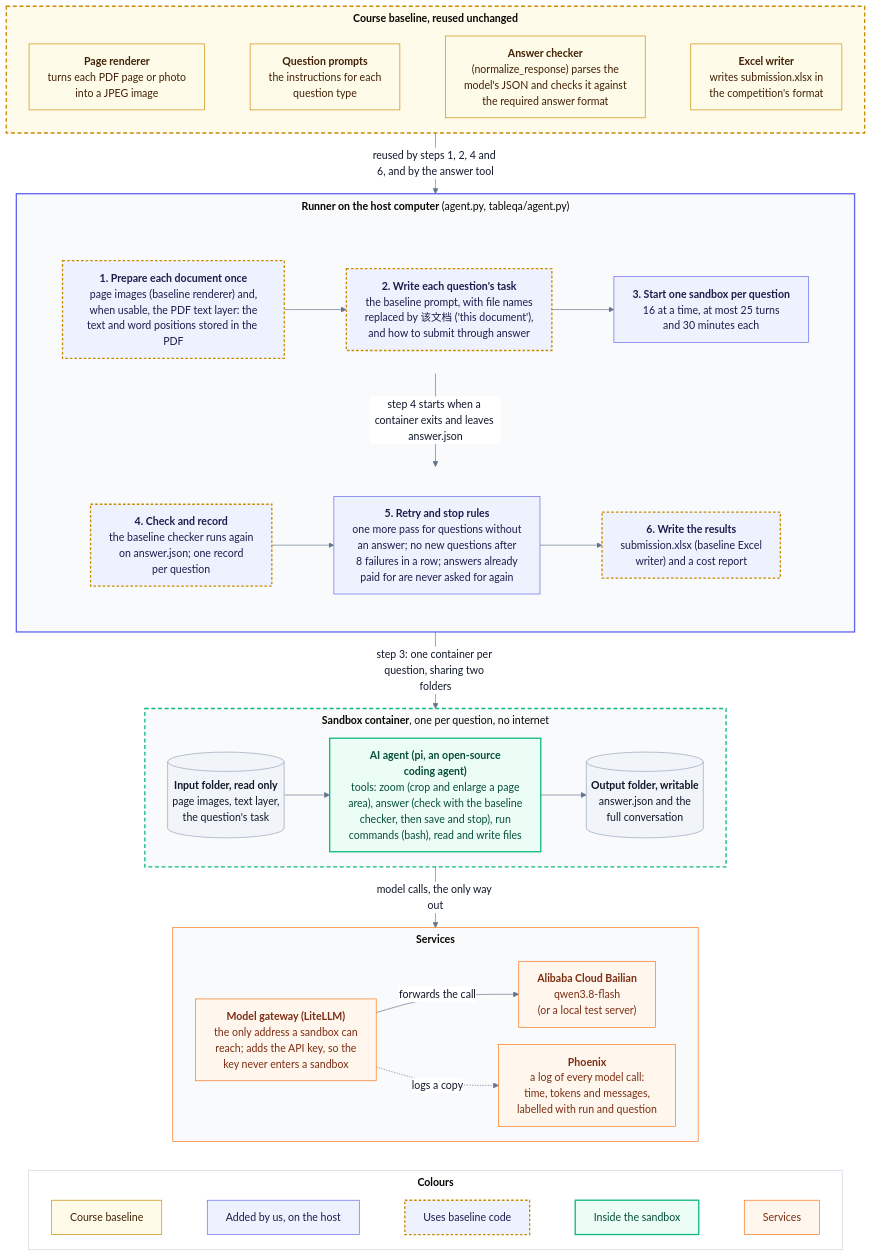
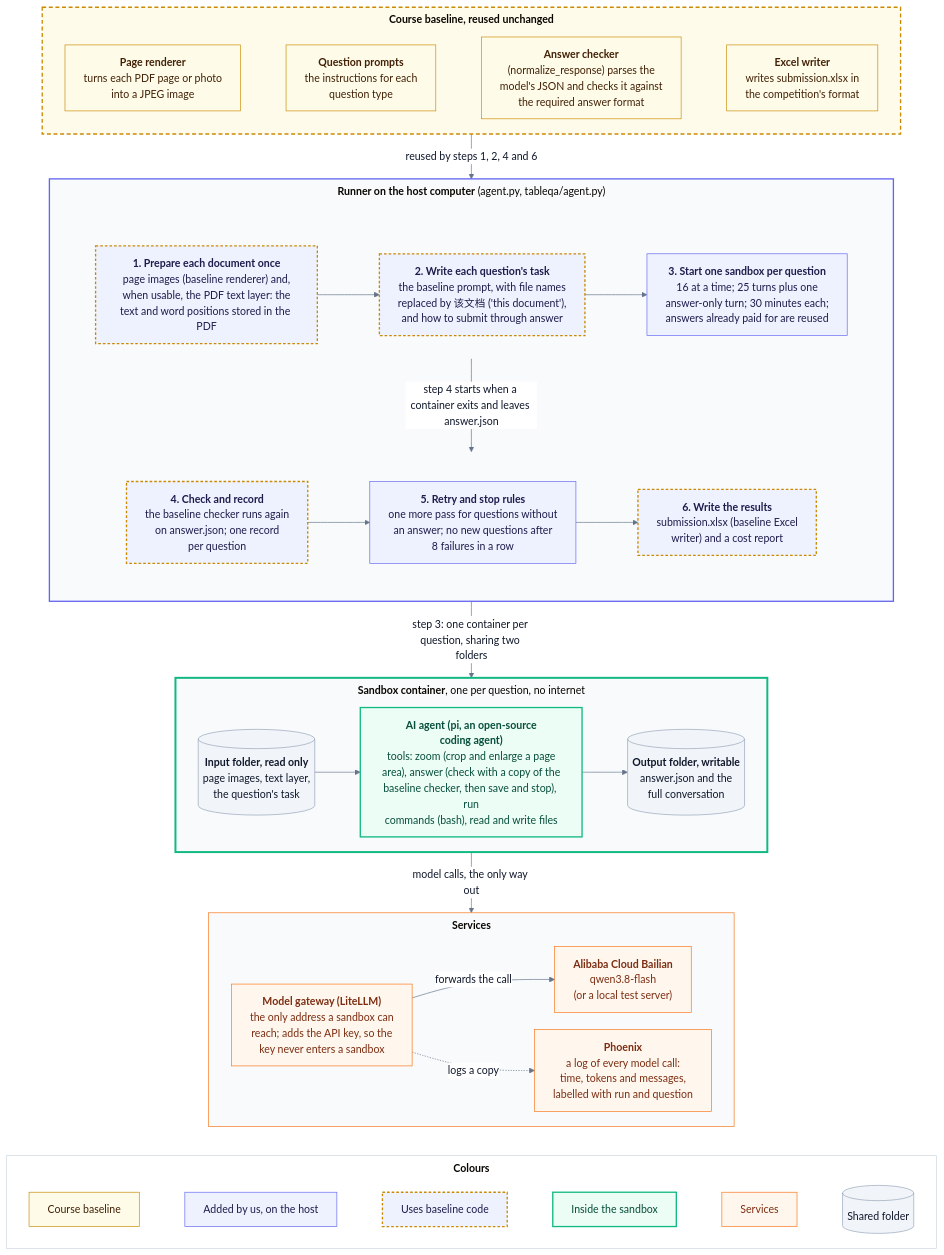
Before and after one commit to eric15342335/AIFep-FDU.github.io: the diagram in docs/diagrams/architecture.mmd, drawn with Mermaid. The commit also changed 11 other files, not shown here.

First line of the commit message:
Diagrams: fixes from a second design review

```diff
--- a/docs/diagrams/architecture.mmd
+++ b/docs/diagrams/architecture.mmd
@@ -1,78 +1,78 @@
 %%{init: {"theme": "base", "themeVariables": {"fontSize": "16px", "lineColor": "#64748b", "primaryTextColor": "#0f172a", "edgeLabelBackground": "#ffffff"}, "flowchart": {"nodeSpacing": 26, "rankSpacing": 44, "padding": 14, "wrappingWidth": 280, "subGraphTitleMargin": {"top": 6, "bottom": 16}}}}%%
 %% The parts of the agent harness, what each one can reach, and which parts come from the course baseline.
 %% Edges connect subgraphs (not their nodes), so each subgraph keeps its own direction.
 flowchart TB
     subgraph BASE["<b>Course baseline, reused unchanged</b>"]
         direction LR
         render["<b>Page renderer</b><br/>turns each PDF page or photo<br/>into a JPEG image"]
         prompts["<b>Question prompts</b><br/>the instructions for each<br/>question type"]
         checker["<b>Answer checker</b><br/>(normalize_response) parses the<br/>model's JSON and checks it against<br/>the required answer format"]
         writer["<b>Excel writer</b><br/>writes submission.xlsx in<br/>the competition's format"]
         render ~~~ prompts ~~~ checker ~~~ writer
     end
 
     subgraph HOST["<b>Runner on the host computer</b> (agent.py, tableqa/agent.py)"]
         direction TB
         subgraph ROW1[" "]
             direction LR
             prep["<b>1. Prepare each document once</b><br/>page images (baseline renderer) and,<br/>when usable, the PDF text layer: the<br/>text and word positions stored in the PDF"]
             task["<b>2. Write each question's task</b><br/>the baseline prompt, with file names<br/>replaced by 该文档 ('this document'),<br/>and how to submit through answer"]
-            start["<b>3. Start one sandbox per question</b><br/>16 at a time, at most 25 turns<br/>and 30 minutes each"]
+            start["<b>3. Start one sandbox per question</b><br/>16 at a time; 25 turns plus one<br/>answer-only turn; 30 minutes each;<br/>answers already paid for are reused"]
             prep --> task --> start
         end
         subgraph ROW2[" "]
             direction LR
             check["<b>4. Check and record</b><br/>the baseline checker runs again<br/>on answer.json; one record<br/>per question"]
-            retry["<b>5. Retry and stop rules</b><br/>one more pass for questions without<br/>an answer; no new questions after<br/>8 failures in a row; answers already<br/>paid for are never asked for again"]
+            retry["<b>5. Retry and stop rules</b><br/>one more pass for questions without<br/>an answer; no new questions after<br/>8 failures in a row"]
             out["<b>6. Write the results</b><br/>submission.xlsx (baseline Excel<br/>writer) and a cost report"]
             check --> retry --> out
         end
         ROW1 -- "step 4 starts when a container exits and leaves answer.json" --> ROW2
     end
 
     subgraph BOX["<b>Sandbox container</b>, one per question, no internet"]
         direction LR
         input[("<b>Input folder, read only</b><br/>page images, text layer,<br/>the question's task")]
-        agent["<b>AI agent (pi, an open-source<br/>coding agent)</b><br/>tools: zoom (crop and enlarge a page<br/>area), answer (check with the baseline<br/>checker, then save and stop), run<br/>commands (bash), read and write files"]
+        agent["<b>AI agent (pi, an open-source<br/>coding agent)</b><br/>tools: zoom (crop and enlarge a page<br/>area), answer (check with a copy of the<br/>baseline checker, then save and stop), run<br/>commands (bash), read and write files"]
         output[("<b>Output folder, writable</b><br/>answer.json and the<br/>full conversation")]
         input --> agent --> output
     end
 
     subgraph SVC["<b>Services</b>"]
         direction LR
         gw["<b>Model gateway (LiteLLM)</b><br/>the only address a sandbox can<br/>reach; adds the API key, so the<br/>key never enters a sandbox"]
         model["<b>Alibaba Cloud Bailian</b><br/>qwen3.8-flash<br/>(or a local test server)"]
         trace["<b>Phoenix</b><br/>a log of every model call:<br/>time, tokens and messages,<br/>labelled with run and question"]
         gw -- "forwards the call" --> model
         gw -. "logs a copy" .-> trace
     end
 
     subgraph KEY["<b>Colours</b>"]
         direction LR
-        k1["Course baseline"] ~~~ k2["Added by us, on the host"] ~~~ k4["Uses baseline code"] ~~~ k3["Inside the sandbox"] ~~~ k5["Services"]
+        k1["Course baseline"] ~~~ k2["Added by us, on the host"] ~~~ k4["Uses baseline code"] ~~~ k3["Inside the sandbox"] ~~~ k5["Services"] ~~~ k6[("Shared folder")]
     end
 
-    BASE -- "reused by steps 1, 2, 4 and 6, and by the answer tool" --> HOST
+    BASE -- "reused by steps 1, 2, 4 and 6" --> HOST
     HOST -- "step 3: one container per question, sharing two folders" --> BOX
     BOX -- "model calls, the only way out" --> SVC
     SVC ~~~ KEY
 
     classDef base fill:#fefce8,stroke:#ca8a04,color:#422006
     classDef host fill:#eef2ff,stroke:#6366f1,color:#1e1b4b
     classDef usesBase fill:#eef2ff,stroke:#ca8a04,color:#1e1b4b,stroke-width:2px,stroke-dasharray:4 3
     classDef box fill:#ecfdf5,stroke:#10b981,color:#064e3b,stroke-width:2px
     classDef folder fill:#f1f5f9,stroke:#94a3b8,color:#0f172a
     classDef ext fill:#fff7ed,stroke:#f97316,color:#7c2d12
     class render,prompts,checker,writer,k1 base
     class start,retry,k2 host
     class prep,task,check,out,k4 usesBase
     class agent,k3 box
-    class input,output folder
+    class input,output,k6 folder
     class gw,model,trace,k5 ext
     style BASE fill:#fffbeb,stroke:#ca8a04,stroke-width:2px,stroke-dasharray:6 4
     style HOST fill:#f8fafc,stroke:#6366f1,stroke-width:2px
     style ROW1 fill:none,stroke:none
     style ROW2 fill:none,stroke:none
-    style BOX fill:#f8fafc,stroke:#10b981,stroke-width:2px,stroke-dasharray:6 4
+    style BOX fill:#f8fafc,stroke:#10b981,stroke-width:3px
     style SVC fill:#f8fafc,stroke:#f97316
     style KEY fill:#ffffff,stroke:#cbd5e1
```
